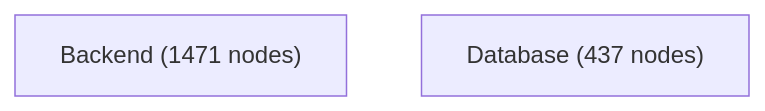
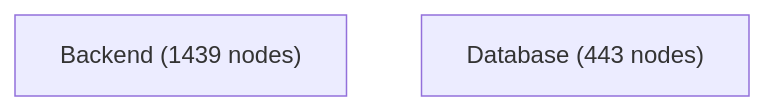
The first of 4 diagrams in docs/architecture-analysis/architecture.report.md (jankneumann/agentic-coding-tools), drawn with Mermaid before and after one commit. The commit also changed other lines of this file and 10 other files, not shown here.

First line of the commit message:
chore(architecture): refresh artifacts after syncing with main

````diff
--- a/docs/architecture-analysis/architecture.report.md
+++ b/docs/architecture-analysis/architecture.report.md
@@ -501,5 +502,5 @@
 ```mermaid
 flowchart TB
-    Backend["Backend (1471 nodes)"]
-    Database["Database (437 nodes)"]
+    Backend["Backend (1439 nodes)"]
+    Database["Database (443 nodes)"]
 ```
````
